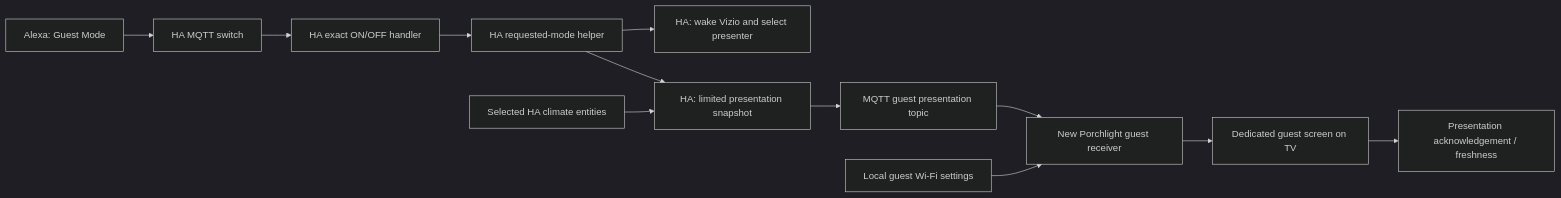
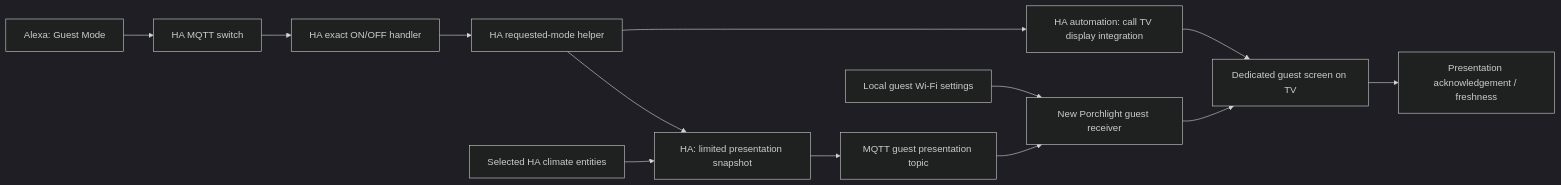
The diagram in docs/workstreams/guest-mode.md (azide0x37/porchlight), drawn with Mermaid (dark theme) before and after one commit. The commit also changed other lines of this file and 1 other file, not shown here.

Commit message:
Confirm Home Assistant integration as guest TV display path

````diff
--- a/docs/workstreams/guest-mode.md
+++ b/docs/workstreams/guest-mode.md
@@ -40,14 +47,15 @@
 ```mermaid
 flowchart LR
   A[Alexa: Guest Mode] --> S[HA MQTT switch]
   S --> C[HA exact ON/OFF handler]
   C --> H[HA requested-mode helper]
-  H --> T[HA: wake Vizio and select presenter]
+  H --> T[HA automation: call TV display integration]
   H --> P[HA: limited presentation snapshot]
   HVAC[Selected HA climate entities] --> P
   P --> M[MQTT guest presentation topic]
   M --> R[New Porchlight guest receiver]
   W[Local guest Wi-Fi settings] --> R
   R --> G[Dedicated guest screen on TV]
+  T --> G
   G --> ACK[Presentation acknowledgement / freshness]
 ```
````
